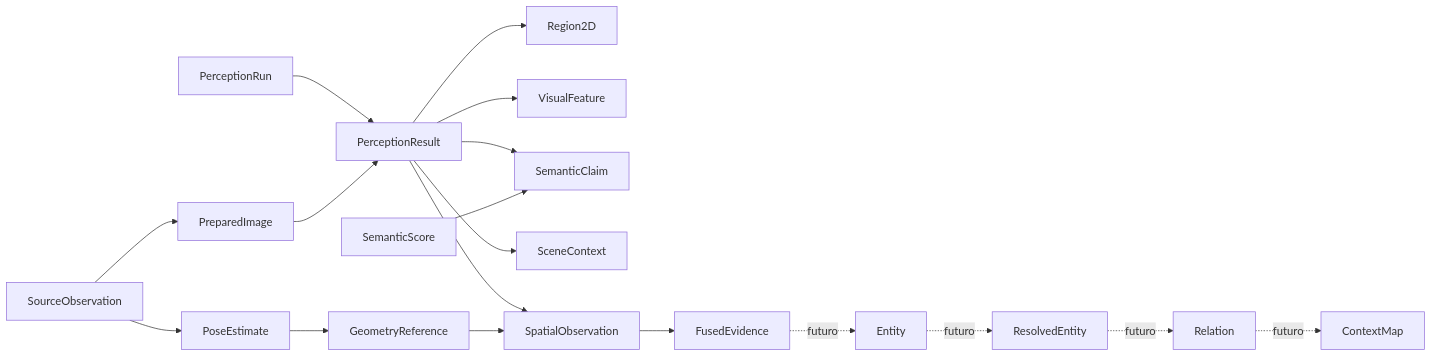
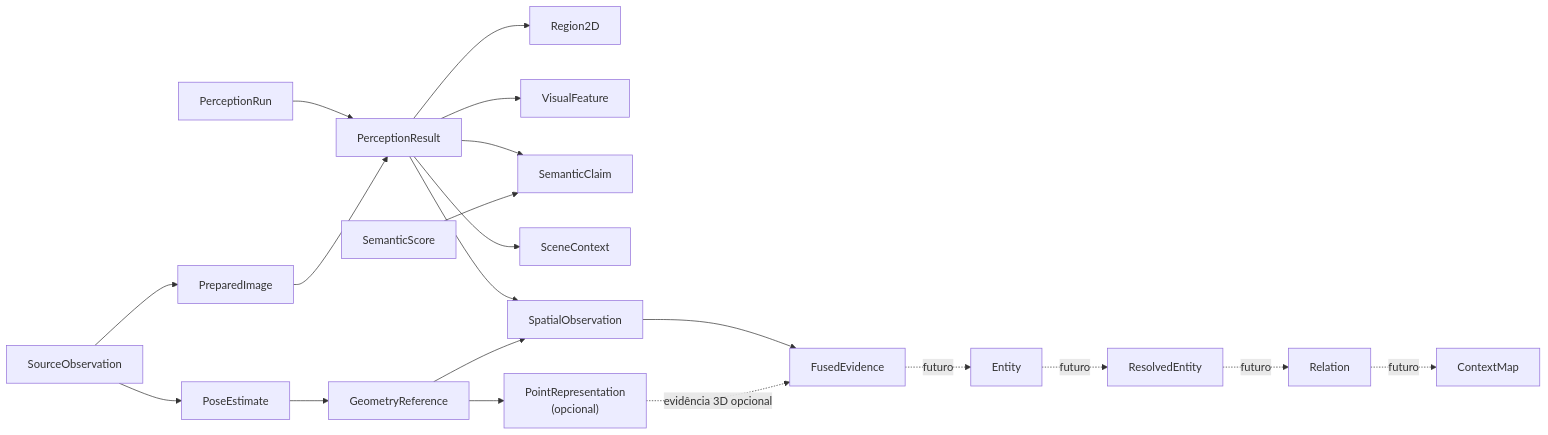
One commit to Alexandre-Tortoza/contextmap2 changed the second of 4 diagrams in docs/CONTRACTS.md. Above: the diagram before and after it, drawn with Mermaid. The commit also changed other lines of this file and 30 other files, not shown here.

````diff
--- a/docs/CONTRACTS.md
+++ b/docs/CONTRACTS.md
@@ -41,21 +43,23 @@
 ```mermaid
 flowchart LR
     SO["SourceObservation"] --> PI["PreparedImage"]
     RUN["PerceptionRun"] --> PR["PerceptionResult"]
     PI --> PR
     PR --> R["Region2D"]
     PR --> VF["VisualFeature"]
     PR --> SC["SemanticClaim"]
     PR --> CTX["SceneContext"]
     SUP["SemanticScore"] --> SC
 
     SO --> PE["PoseEstimate"]
     PE --> GM["GeometryReference"]
     PR --> SP["SpatialObservation"]
     GM --> SP
+    GM --> P3["PointRepresentation<br/>(opcional)"]
     SP --> FE["FusedEvidence"]
+    P3 -. evidência 3D opcional .-> FE
     FE -. futuro .-> E["Entity"]
     E -. futuro .-> RE["ResolvedEntity"]
     RE -. futuro .-> REL["Relation"]
     REL -. futuro .-> CM["ContextMap"]
 ```
````
